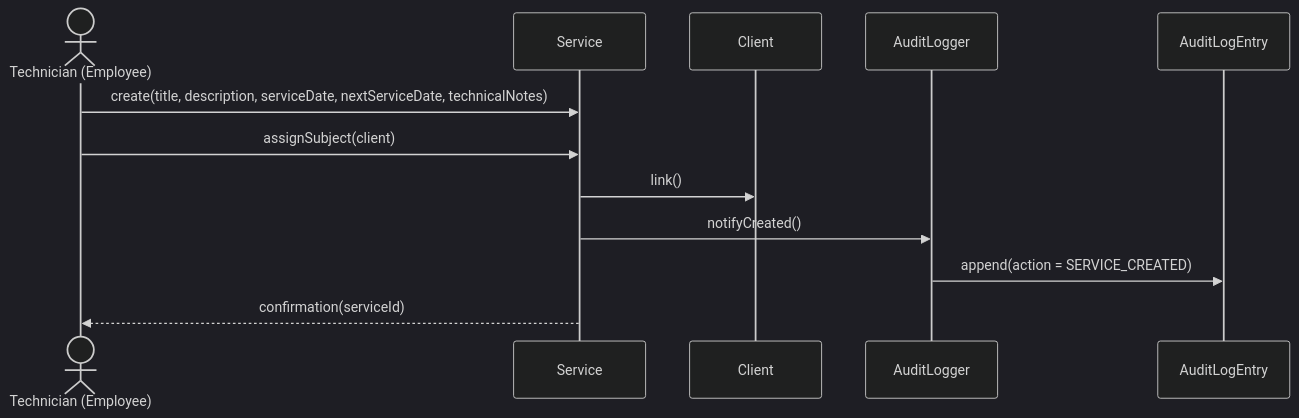
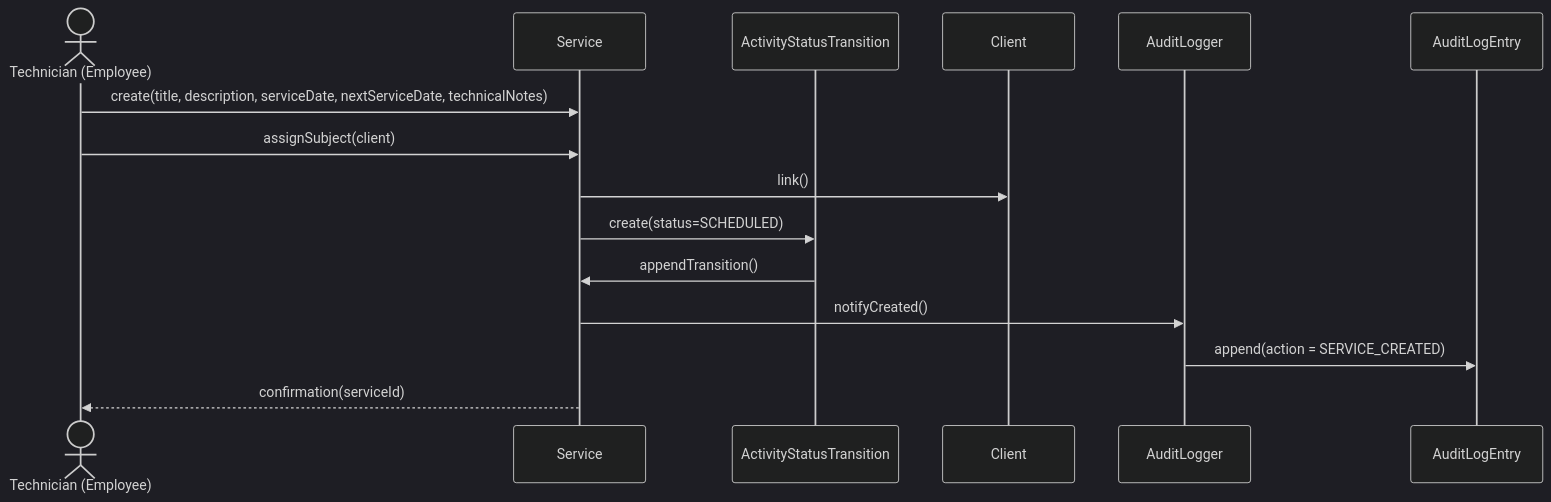
The third of 16 diagrams in docs/CMMS-AnalysisWorkflow.md (mariogarcia79/cmms-platform), drawn with Mermaid (dark theme) before and after one commit. The commit also changed other lines of this file and 1 other file, not shown here.

Commit message:
docs: update requirements and analysis workflow to accommodate the new requirements identified while modeling the domain's class diagram

````diff
--- a/docs/CMMS-AnalysisWorkflow.md
+++ b/docs/CMMS-AnalysisWorkflow.md
@@ -215,14 +245,17 @@
 ```mermaid
 sequenceDiagram
     actor Technician as Technician (Employee)
     participant Service
+    participant AST as ActivityStatusTransition
     participant Client
     participant Auditor as AuditLogger
 
     Technician->>Service: create(title, description, serviceDate, nextServiceDate, technicalNotes)
     Technician->>Service: assignSubject(client)
     Service->>Client: link()
+    Service->>AST: create(status=SCHEDULED)
+    AST->>Service: appendTransition()
     Service->>Auditor: notifyCreated()
     Auditor->>AuditLogEntry: append(action = SERVICE_CREATED)
     Service-->>Technician: confirmation(serviceId)
 ```
````
